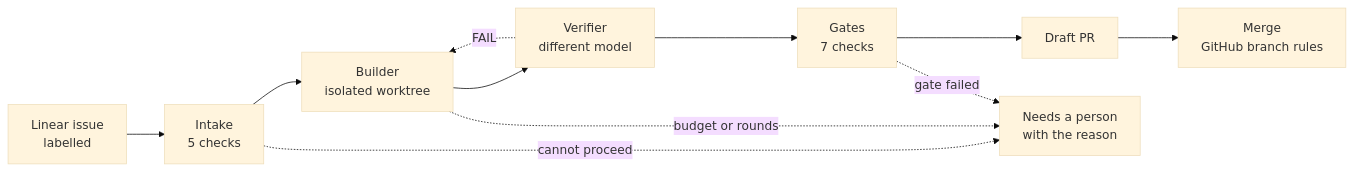
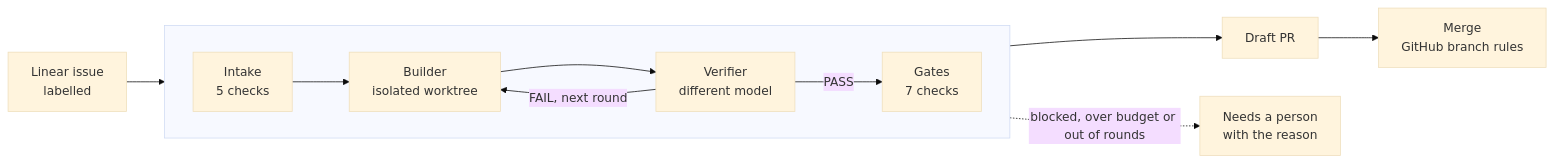
Before and after one commit to unattended-factory/unattended: the first of 5 diagrams in README.md, drawn with Mermaid (base theme).

````diff
--- a/README.md
+++ b/README.md
@@ -54,14 +54,13 @@
 ```mermaid
 flowchart LR
-    L[Linear issue<br/>labelled] --> I[Intake<br/>5 checks]
-    I --> B[Builder<br/>isolated worktree]
-    B --> V[Verifier<br/>different model]
-    V --> G[Gates<br/>7 checks]
-    G --> P[Draft PR]
-    P --> M[Merge<br/>GitHub branch rules]
-    I -. cannot proceed .-> H
-    B -. budget or rounds .-> H
-    V -. FAIL .-> B
-    G -. gate failed .-> H
-    H[Needs a person<br/>with the reason]
+    L[Linear issue<br/>labelled] --> pipe
+    subgraph pipe[" "]
+        direction LR
+        I[Intake<br/>5 checks] --> B[Builder<br/>isolated worktree]
+        B --> V[Verifier<br/>different model]
+        V -->|FAIL, next round| B
+        V -->|PASS| G[Gates<br/>7 checks]
+    end
+    G --> P[Draft PR] --> M[Merge<br/>GitHub branch rules]
+    pipe -. blocked, over budget or out of rounds .-> H[Needs a person<br/>with the reason]
 ```
````
